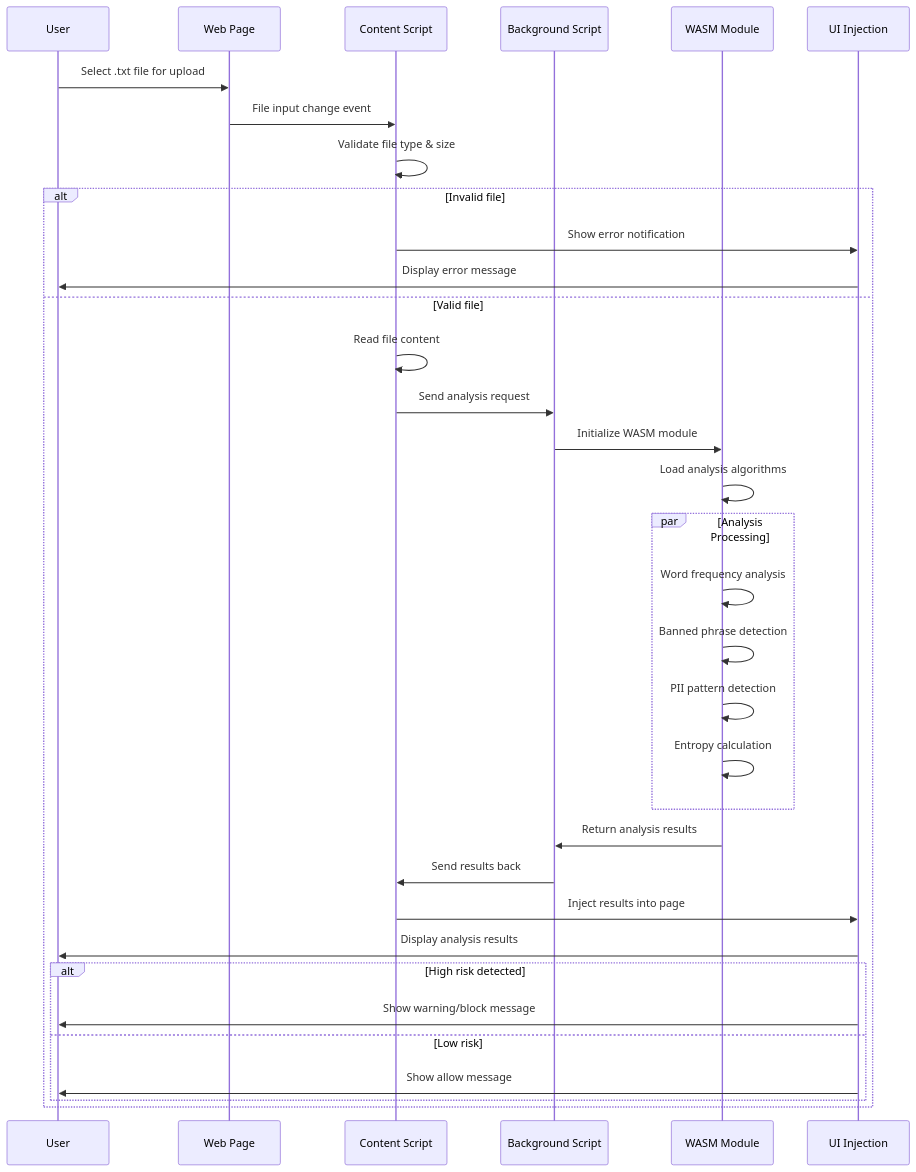
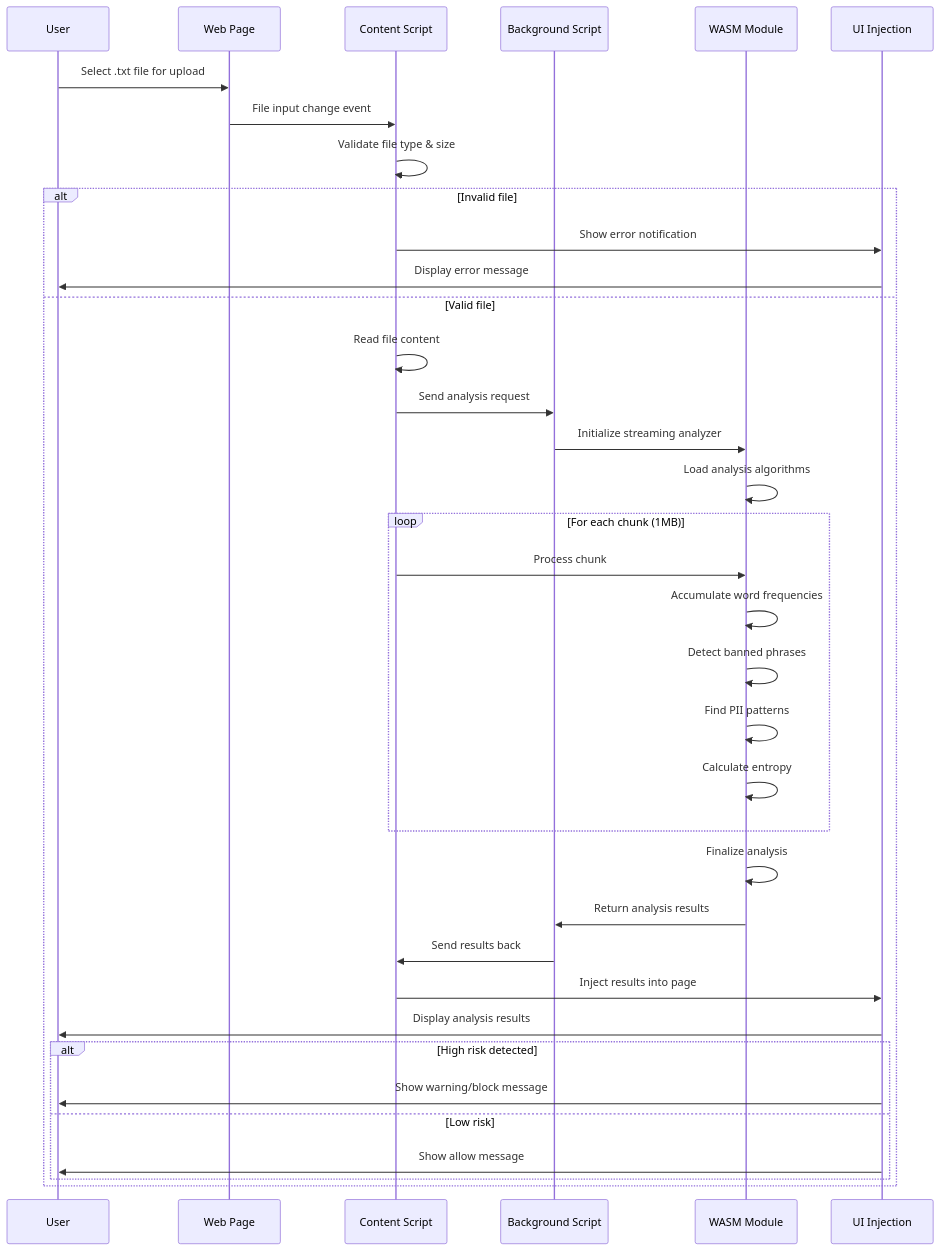
Before and after one commit to GiorgioNatili/web-extension-experiment: the diagram in diagrams/extension-workflow.md, drawn with Mermaid. The commit also changed other lines of this file and 5 other files, not shown here.

Commit message:
doc(readme, status): update decision logs and diagrams

````diff
--- a/diagrams/extension-workflow.md
+++ b/diagrams/extension-workflow.md
@@ -5,42 +5,44 @@
 ```mermaid
 sequenceDiagram
     participant User as User
     participant Page as Web Page
     participant Content as Content Script
     participant Background as Background Script
     participant WASM as WASM Module
     participant UI as UI Injection
 
     User->>Page: Select .txt file for upload
     Page->>Content: File input change event
     Content->>Content: Validate file type & size
     
     alt Invalid file
         Content->>UI: Show error notification
         UI->>User: Display error message
     else Valid file
         Content->>Content: Read file content
         Content->>Background: Send analysis request
-        Background->>WASM: Initialize WASM module
+        Background->>WASM: Initialize streaming analyzer
         WASM->>WASM: Load analysis algorithms
         
-        par Analysis Processing
-            WASM->>WASM: Word frequency analysis
-            WASM->>WASM: Banned phrase detection
-            WASM->>WASM: PII pattern detection
-            WASM->>WASM: Entropy calculation
+        loop For each chunk (1MB)
+            Content->>WASM: Process chunk
+            WASM->>WASM: Accumulate word frequencies
+            WASM->>WASM: Detect banned phrases
+            WASM->>WASM: Find PII patterns
+            WASM->>WASM: Calculate entropy
         end
         
+        WASM->>WASM: Finalize analysis
         WASM->>Background: Return analysis results
         Background->>Content: Send results back
         
         Content->>UI: Inject results into page
         UI->>User: Display analysis results
         
         alt High risk detected
             UI->>User: Show warning/block message
         else Low risk
             UI->>User: Show allow message
         end
     end
 ```
````
